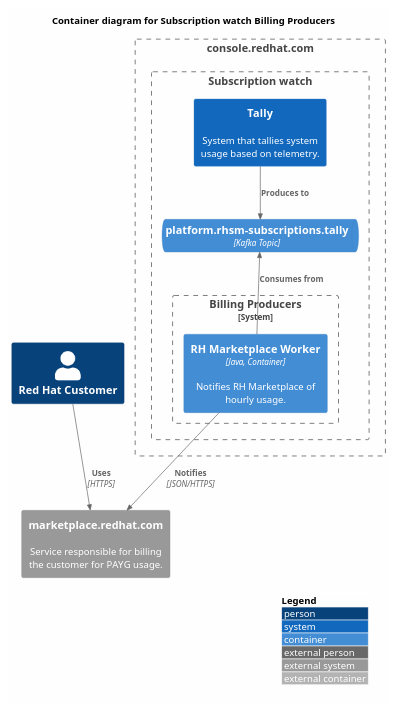
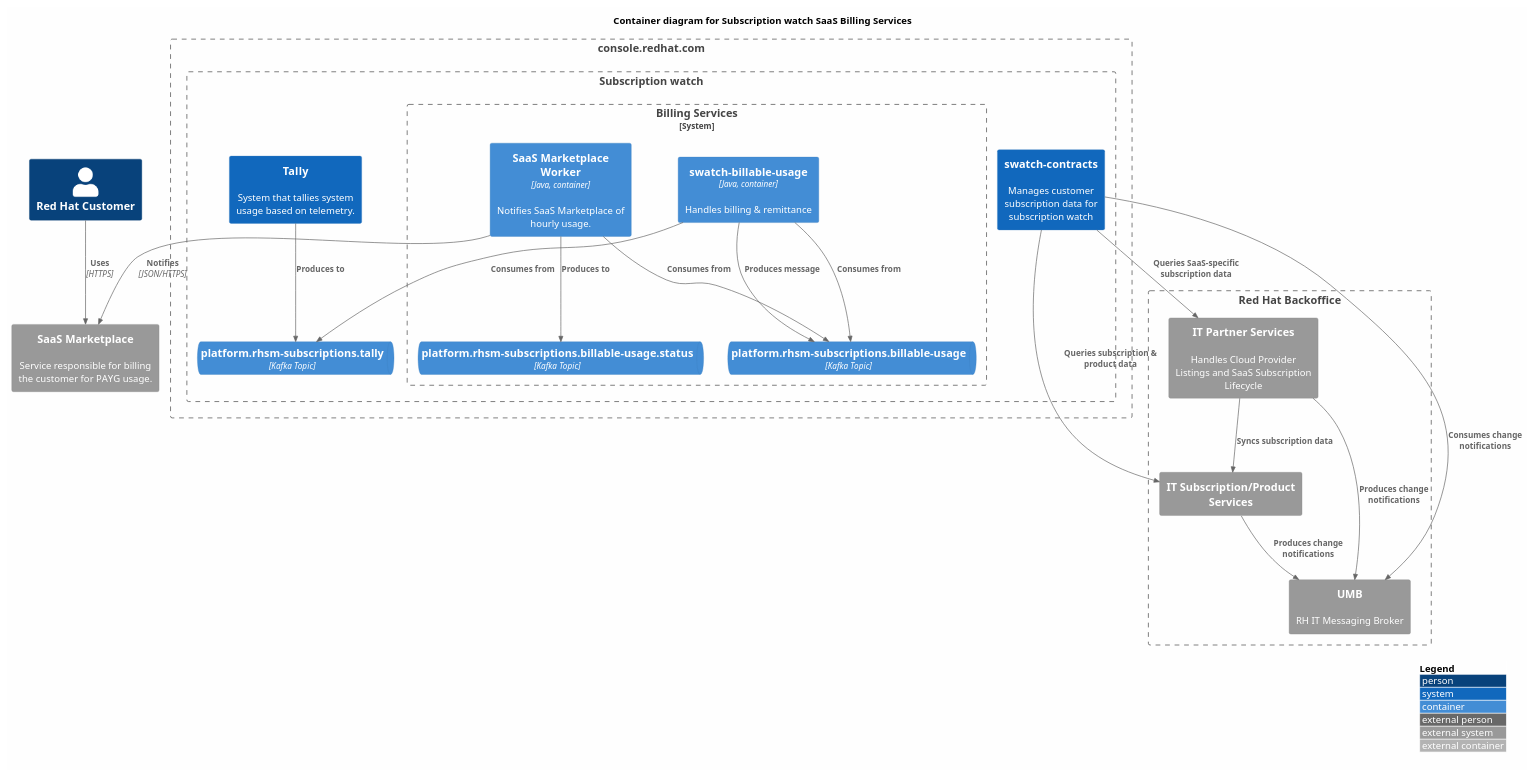
Before and after one commit to RedHatInsights/rhsm-subscriptions: the diagram in docs/container-billing.puml, drawn with PlantUML. The commit also changed 8 other files, not shown here.

Commit message:
Update diagrams

```diff
--- a/docs/container-billing.puml
+++ b/docs/container-billing.puml
@@ -1,33 +1,57 @@
 @startuml
 !include <C4/C4_Container>
 
 ' see https://forum.plantuml.net/8356/white-backgrounds-are-rendered-transparent-in-svg
 skinparam backgroundColor #FEFEFE
 
 LAYOUT_WITH_LEGEND()
 
-title Container diagram for Subscription watch Billing Producers
+title Container diagram for Subscription watch SaaS Billing Services
 
 Person(customer, "Red Hat Customer")
+
+Boundary(backoffice, "Red Hat Backoffice") {
+  System_Ext(subprod, "IT Subscription/Product Services")
+  System_Ext(umb, "UMB", "RH IT Messaging Broker")
+  System_Ext(partnergw, "IT Partner Services", "Handles Cloud Provider Listings and SaaS Subscription Lifecycle")
+}
 
 Boundary(crc, console.redhat.com) {
   Boundary(swatch, "Subscription watch") {
     System(tally, "Tally", "System that tallies system usage based on telemetry.")
+    System(contracts, "swatch-contracts", "Manages customer subscription data for subscription watch")
     ContainerQueue(tally_summaries, "platform.rhsm-subscriptions.tally", "Kafka Topic")
-    System_Boundary(billing_producers, "Billing Producers") {
-      Container(rh_marketplace_worker, "RH Marketplace Worker", "Java, Container", "Notifies RH Marketplace of hourly usage.")
+    System_Boundary(billing_producers, "Billing Services") {
+      ContainerQueue(billable_usage_topic, "platform.rhsm-subscriptions.billable-usage", "Kafka Topic")
+      ContainerQueue(billable_usage_status, "platform.rhsm-subscriptions.billable-usage.status", "Kafka Topic")
+      Container(billable_usage, "swatch-billable-usage", "Java, container", "Handles billing & remittance")
+      Container(saas_marketplace_worker, "SaaS Marketplace Worker", "Java, container", "Notifies SaaS Marketplace of hourly usage.")
     }
   }
 }
 
-System_Ext(rh_marketplace, "marketplace.redhat.com", "Service responsible for billing the customer for PAYG usage.")
+System_Ext(saas_marketplace, "SaaS Marketplace", "Service responsible for billing the customer for PAYG usage.")
 
 ' tally process
 Rel(tally, tally_summaries, "Produces to")
 
-' RH marketplace notification
-Rel_Back(tally_summaries, rh_marketplace_worker, "Consumes from")
-Rel(rh_marketplace_worker, rh_marketplace, "Notifies", "JSON/HTTPS")
+' SaaS marketplace notification
+Rel(saas_marketplace_worker, saas_marketplace, "Notifies", "JSON/HTTPS")
+Rel(saas_marketplace_worker, billable_usage_topic, "Consumes from")
+Rel(saas_marketplace_worker, billable_usage_status, "Produces to")
+Rel(billable_usage, billable_usage_topic, "Consumes from")
+Rel(billable_usage, tally_summaries, "Consumes from")
+Rel(customer, saas_marketplace, "Uses", "HTTPS")
 
-Rel(customer, rh_marketplace, "Uses", "HTTPS")
+
+'title System Context diagram for SaaS Metering Dataflows
+
+Rel(partnergw, subprod, "Syncs subscription data")
+Rel(partnergw, umb, "Produces change notifications")
+Rel(subprod, umb, "Produces change notifications")
+Rel(contracts, umb, "Consumes change notifications")
+Rel(contracts, subprod, "Queries subscription & product data")
+Rel(contracts, partnergw, "Queries SaaS-specific subscription data")
+Rel(billable_usage, billable_usage_topic, "Produces message")
+
 @enduml
```
